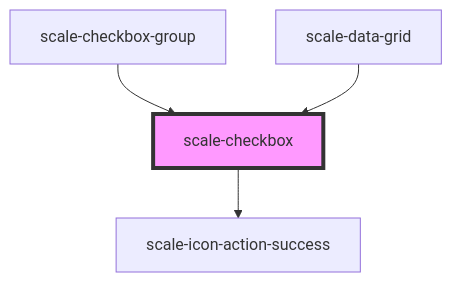
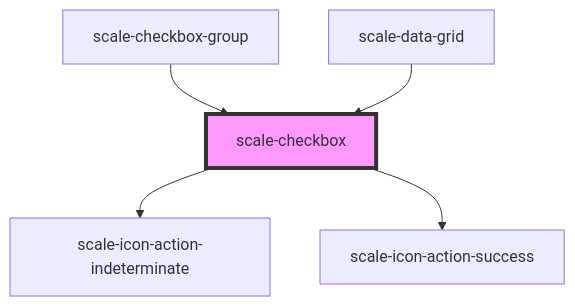
The diagram in packages/components/src/components/checkbox/readme.md (telekom/scale), drawn with Mermaid before and after one commit. The commit also changed other lines of this file and 4 other files, not shown here.

````diff
--- a/packages/components/src/components/checkbox/readme.md
+++ b/packages/components/src/components/checkbox/readme.md
@@ -58,7 +59,8 @@
 ```mermaid
 graph TD;
+  scale-checkbox --> scale-icon-action-indeterminate
   scale-checkbox --> scale-icon-action-success
   scale-checkbox-group --> scale-checkbox
   scale-data-grid --> scale-checkbox
   style scale-checkbox fill:#f9f,stroke:#333,stroke-width:4px
 ```
````
